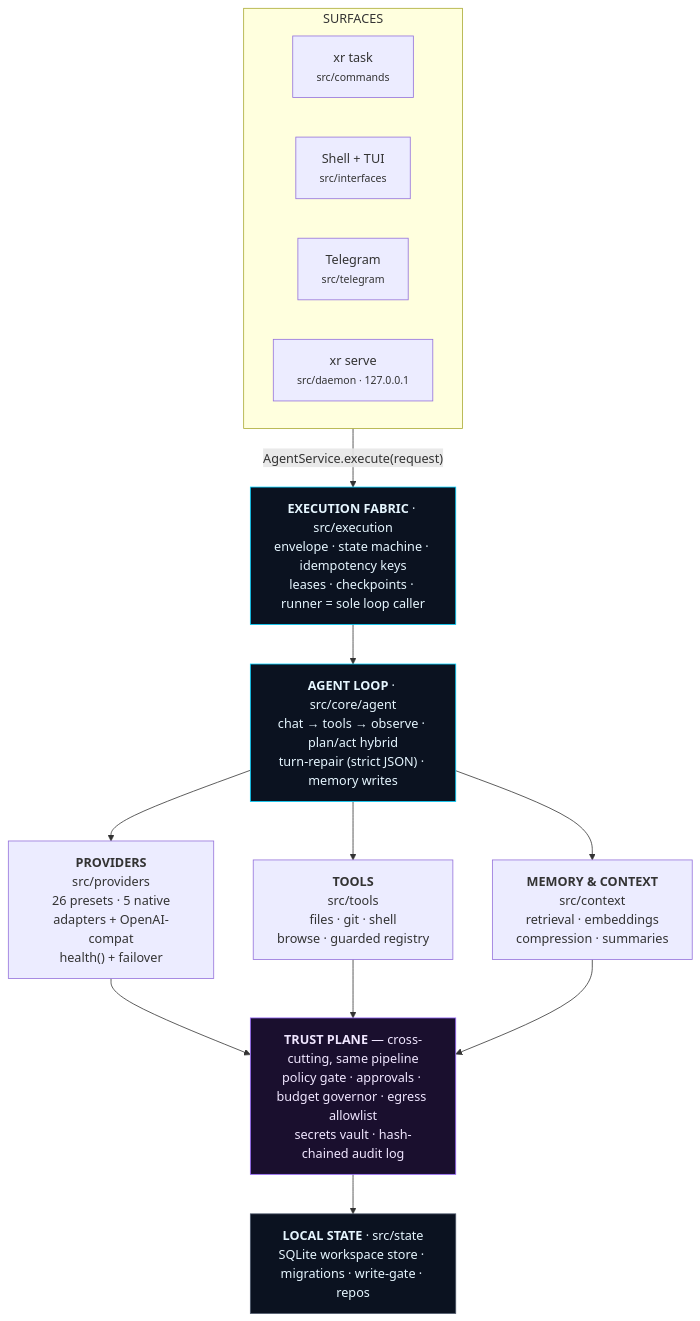
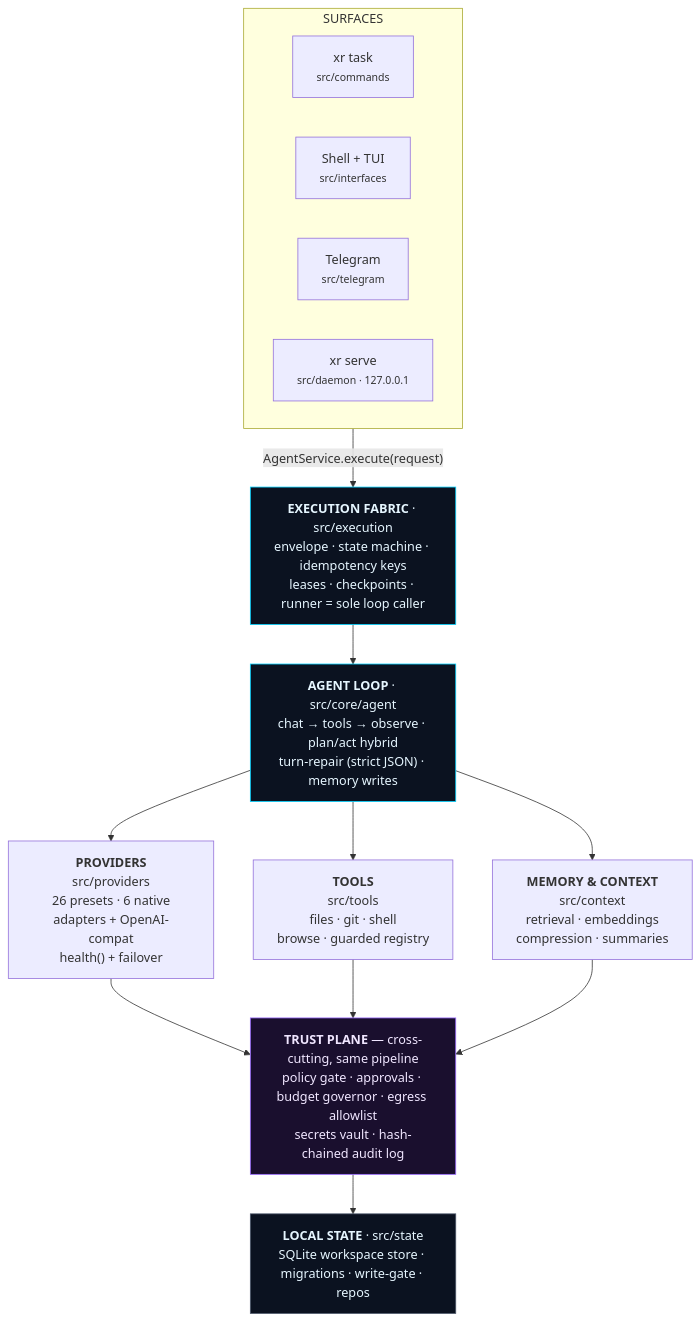
Before and after one commit to ahmadrrrtx/xr: the first of 4 diagrams in README.md, drawn with Mermaid. The commit also changed other lines of this file and 2 other files, not shown here.

````diff
--- a/README.md
+++ b/README.md
@@ -170,31 +149,31 @@
 ```mermaid
 flowchart TB
     subgraph S["SURFACES"]
         direction LR
         CLI["xr task<br/><small>src/commands</small>"]
         SH["Shell + TUI<br/><small>src/interfaces</small>"]
         TG["Telegram<br/><small>src/telegram</small>"]
         DA["xr serve<br/><small>src/daemon · 127.0.0.1</small>"]
     end
 
     S -->|"AgentService.execute(request)"| EX
 
     EX["<b>EXECUTION FABRIC</b> · src/execution<br/>envelope · state machine · idempotency keys<br/>leases · checkpoints · runner = sole loop caller"]
     EX --> LOOP["<b>AGENT LOOP</b> · src/core/agent<br/>chat → tools → observe · plan/act hybrid<br/>turn-repair (strict JSON) · memory writes"]
 
-    LOOP --> PR["<b>PROVIDERS</b><br/>src/providers<br/>26 presets · 5 native<br/>adapters + OpenAI-compat<br/>health() + failover"]
+    LOOP --> PR["<b>PROVIDERS</b><br/>src/providers<br/>26 presets · 6 native<br/>adapters + OpenAI-compat<br/>health() + failover"]
     LOOP --> TL["<b>TOOLS</b><br/>src/tools<br/>files · git · shell<br/>browse · guarded registry"]
     LOOP --> ME["<b>MEMORY &amp; CONTEXT</b><br/>src/context<br/>retrieval · embeddings<br/>compression · summaries"]
 
     PR --> TP
     TL --> TP
     ME --> TP
 
     TP["<b>TRUST PLANE</b> — cross-cutting, same pipeline<br/>policy gate · approvals · budget governor · egress allowlist<br/>secrets vault · hash-chained audit log"]
     TP --> ST["<b>LOCAL STATE</b> · src/state<br/>SQLite workspace store · migrations · write-gate · repos"]
 
     style EX fill:#0b1220,stroke:#00d2ff,color:#e6f6ff
     style LOOP fill:#0b1220,stroke:#00d2ff,color:#e6f6ff
     style TP fill:#1a0f2e,stroke:#9a6bff,color:#f0e6ff
     style ST fill:#0b1220,stroke:#4a5568,color:#e6f6ff
 ```
````
